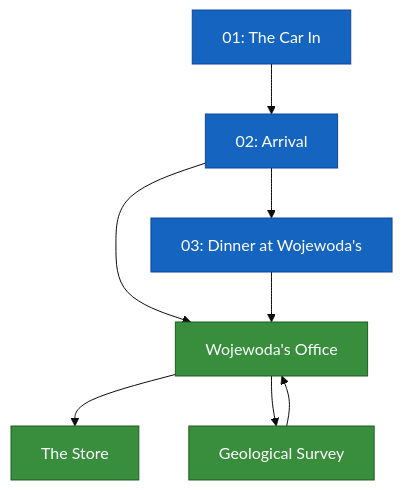
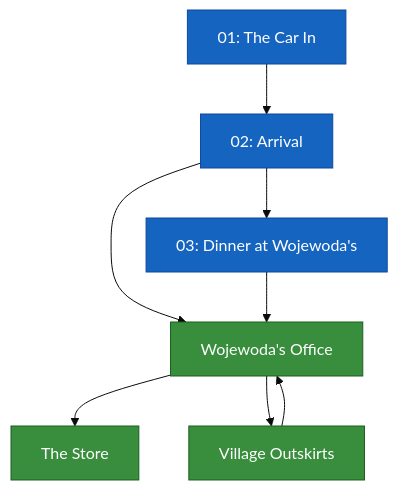
Before and after one commit to EasyL0ver/kampania: the diagram in story/scenario-graph.md, drawn with Mermaid (base theme). The commit also changed other lines of this file and 9 other files, not shown here.

First line of the commit message:
Rename geological survey → village outskirts

````diff
--- a/story/scenario-graph.md
+++ b/story/scenario-graph.md
@@ -7,20 +7,20 @@
 ```mermaid
 graph TD
     %% === EVENTS ===
     E01[01: The Car In] --> E02[02: Arrival]
     E02 --> E03[03: Dinner at Wojewoda's]
     E02 --> L_OFFICE[Wojewoda's Office]
 
     %% === LOCATIONS ===
     E03 --> L_OFFICE
     L_OFFICE --> L_STORE[The Store]
-    L_OFFICE --> L_SURVEY[Geological Survey]
+    L_OFFICE --> L_SURVEY[Village Outskirts]
     L_SURVEY --> L_OFFICE
 
     %% === STYLING ===
     classDef event fill:#1565c0,color:#fff,stroke:#0d47a1
     classDef location fill:#388e3c,color:#fff,stroke:#1b5e20
 
     class E01,E02,E03 event
     class L_OFFICE,L_STORE,L_SURVEY location
 ```
````
